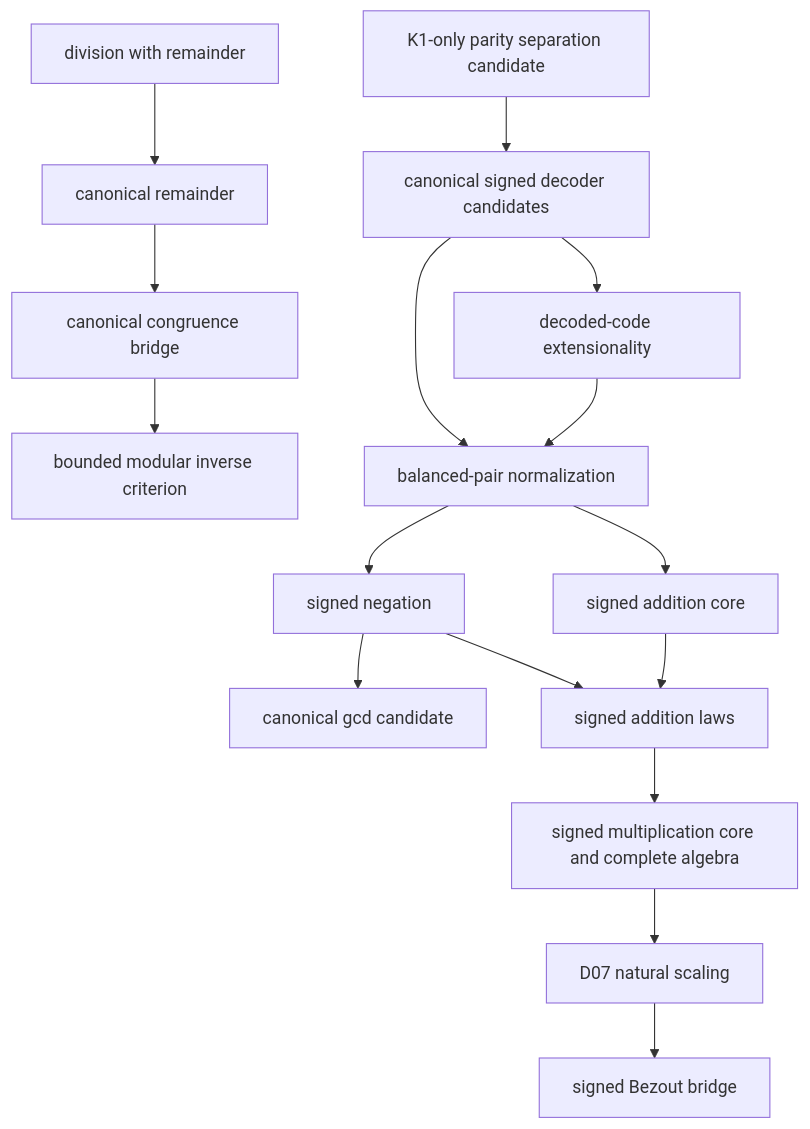
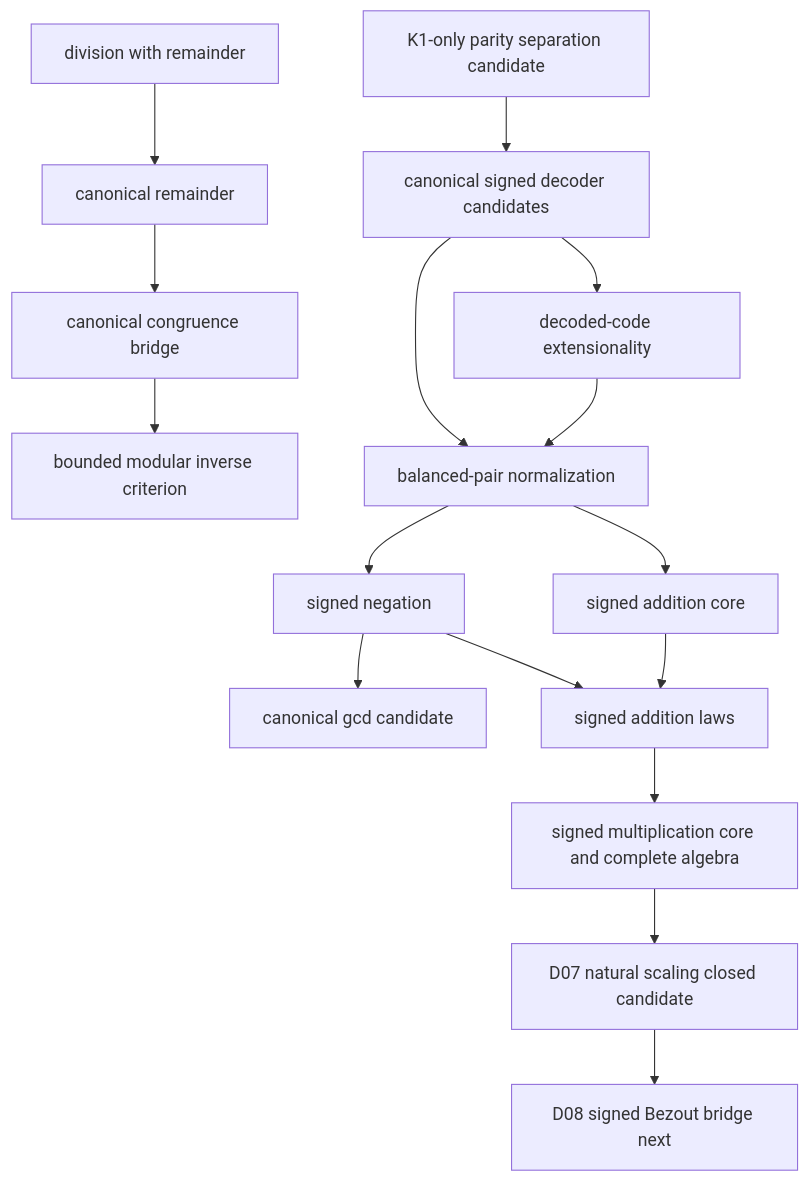
Before and after one commit to nasqret/vietnam2026: the diagram in vault/concepts/strict-ha-number-theory-campaign.md, drawn with Mermaid. The commit also changed other lines of this file and 13 other files, not shown here.

Commit message:
Close strict HA natural scaling

````diff
--- a/vault/concepts/strict-ha-number-theory-campaign.md
+++ b/vault/concepts/strict-ha-number-theory-campaign.md
@@ -35,18 +36,18 @@
 ```mermaid
 flowchart TD
   D[division with remainder] --> R[canonical remainder]
   R --> C[canonical congruence bridge]
   C --> I[bounded modular inverse criterion]
   G[relational IsGCD] --> CG[canonical gcd candidate]
   P[K1-only parity separation candidate] --> S[canonical signed decoder candidates]
   S --> E[decoded-code extensionality]
   S --> N[balanced-pair normalization]
   E --> N
   N --> G[signed negation]
   N --> A[signed addition core]
   G --> L[signed addition laws]
   A --> L
   L --> M[signed multiplication core and complete algebra]
-  M --> D7[D07 natural scaling]
-  D7 --> B[signed Bezout bridge]
+  M --> D7[D07 natural scaling closed candidate]
+  D7 --> B[D08 signed Bezout bridge next]
 ```
````
